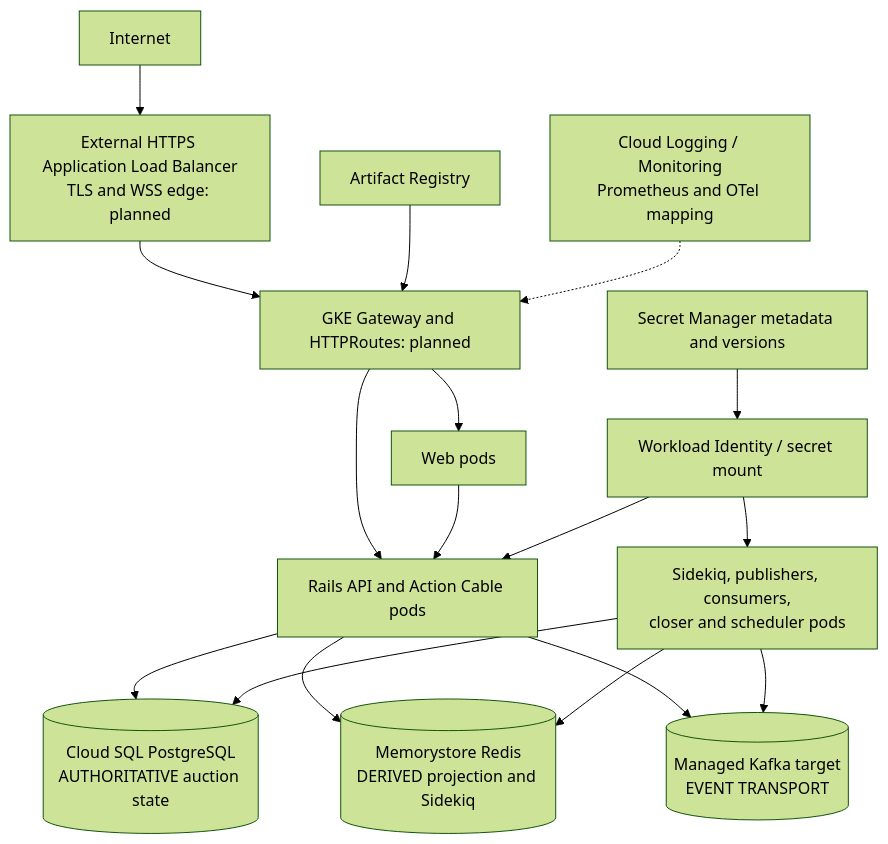
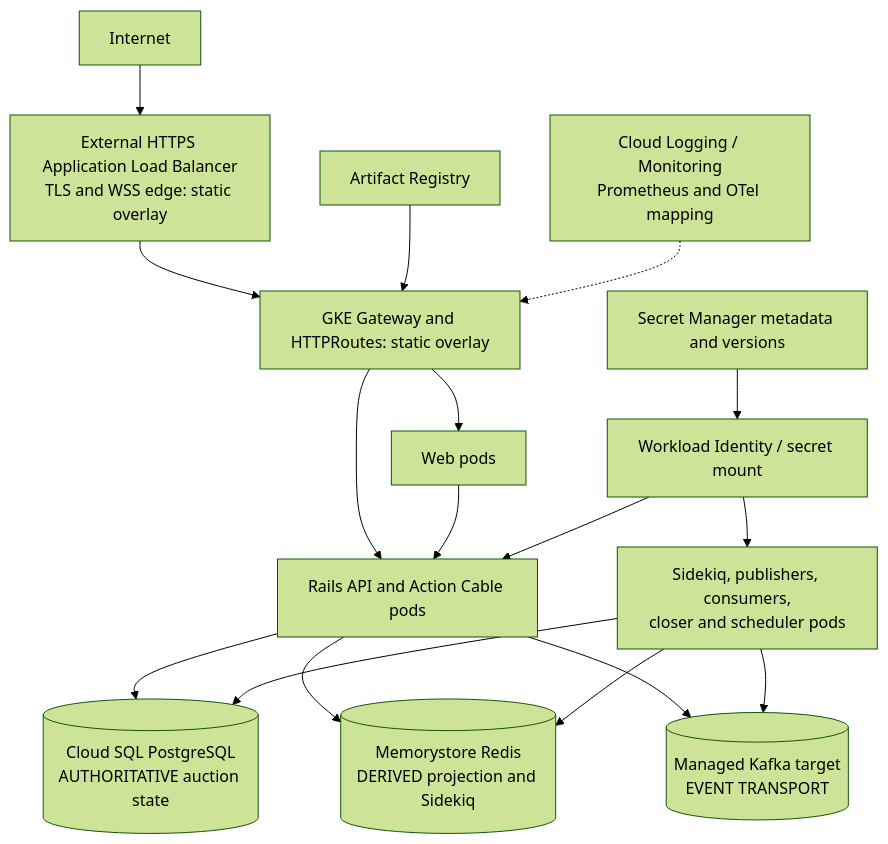
One commit to IliaTalebzadeh82/hammerfall changed the diagram in docs/cloud/architecture.md. Above: the diagram before and after it, drawn with Mermaid (forest theme). The commit also changed other lines of this file and 61 other files, not shown here.

````diff
--- a/docs/cloud/architecture.md
+++ b/docs/cloud/architecture.md
@@ -21,19 +21,19 @@
 ```mermaid
 flowchart TD
-  I[Internet] --> E[External HTTPS Application Load Balancer<br/>TLS and WSS edge: planned]
-  E --> G[GKE Gateway and HTTPRoutes: planned]
+  I[Internet] --> E[External HTTPS Application Load Balancer<br/>TLS and WSS edge: static overlay]
+  E --> G[GKE Gateway and HTTPRoutes: static overlay]
   G --> W[Web pods]
   G --> A[Rails API and Action Cable pods]
   W --> A
   A --> P[(Cloud SQL PostgreSQL<br/>AUTHORITATIVE auction state)]
   A --> R[(Memorystore Redis<br/>DERIVED projection and Sidekiq)]
   A --> K[(Managed Kafka target<br/>EVENT TRANSPORT)]
   B[Sidekiq, publishers, consumers,<br/>closer and scheduler pods] --> P
   B --> R
   B --> K
   AR[Artifact Registry] --> G
   SM[Secret Manager metadata and versions] --> WI[Workload Identity / secret mount]
   WI --> A
   WI --> B
   O[Cloud Logging / Monitoring<br/>Prometheus and OTel mapping] -.-> G
 ```
````
